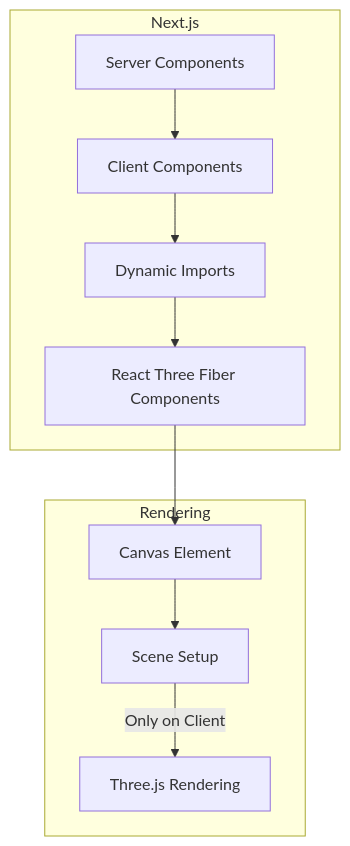
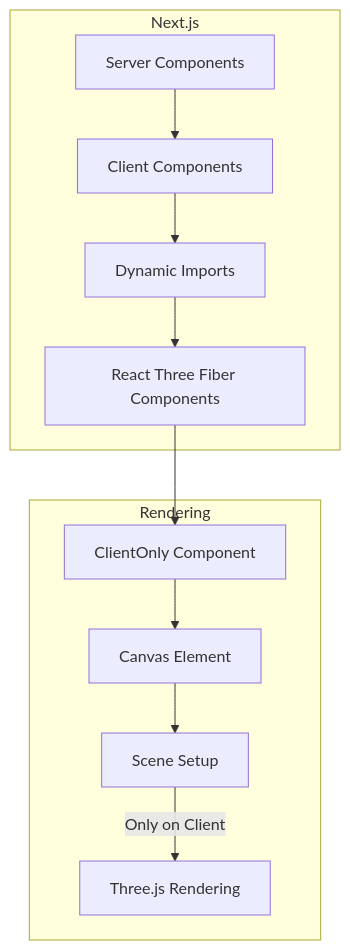
Before and after one commit to romiteld/portfolio: the fourth of 4 diagrams in memory-bank/systemPatterns.md, drawn with Mermaid. The commit also changed other lines of this file and 5 other files, not shown here.

Commit message:
Fix Three.js rendering issues with enhanced ClientOnly component

````diff
--- a/memory-bank/systemPatterns.md
+++ b/memory-bank/systemPatterns.md
@@ -469,18 +469,19 @@
 ```mermaid
 flowchart TD
     subgraph Next.js
         Server[Server Components]
         Client[Client Components]
         Dynamic[Dynamic Imports]
         
         Server --> Client
         Client --> Dynamic
         Dynamic --> R3F[React Three Fiber Components]
     end
     
     subgraph Rendering
-        R3F --> Canvas[Canvas Element]
+        R3F --> ClientOnly[ClientOnly Component]
+        ClientOnly --> Canvas[Canvas Element]
         Canvas --> Scene[Scene Setup]
         Scene --> |Only on Client| ThreeJS[Three.js Rendering]
     end
 ```
````
